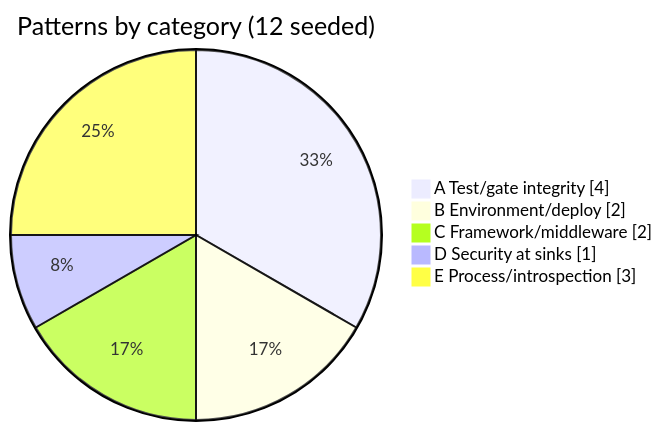
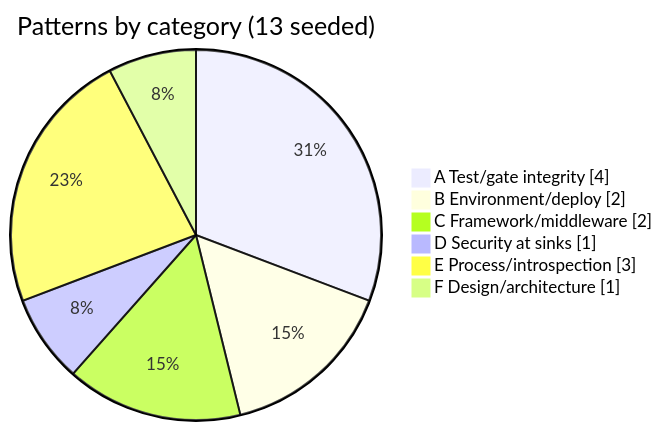
One commit to pranems/SCIMServer changed the second of 2 diagrams in docs/strategy/ENGINEERING_LESSONS_AND_PATTERNS.md. Above: the diagram before and after it, drawn with Mermaid. The commit also changed other lines of this file and 8 other files, not shown here.

First line of the commit message:
docs: auth-source refactoring analysis (X12) + standing Design & Architecture self-improvement gate

````diff
--- a/docs/strategy/ENGINEERING_LESSONS_AND_PATTERNS.md
+++ b/docs/strategy/ENGINEERING_LESSONS_AND_PATTERNS.md
@@ -92,9 +92,10 @@
 ```mermaid
 pie showData
-    title Patterns by category (12 seeded)
+    title Patterns by category (13 seeded)
     "A Test/gate integrity" : 4
     "B Environment/deploy" : 2
     "C Framework/middleware" : 2
     "D Security at sinks" : 1
     "E Process/introspection" : 3
+    "F Design/architecture" : 1
 ```
````
